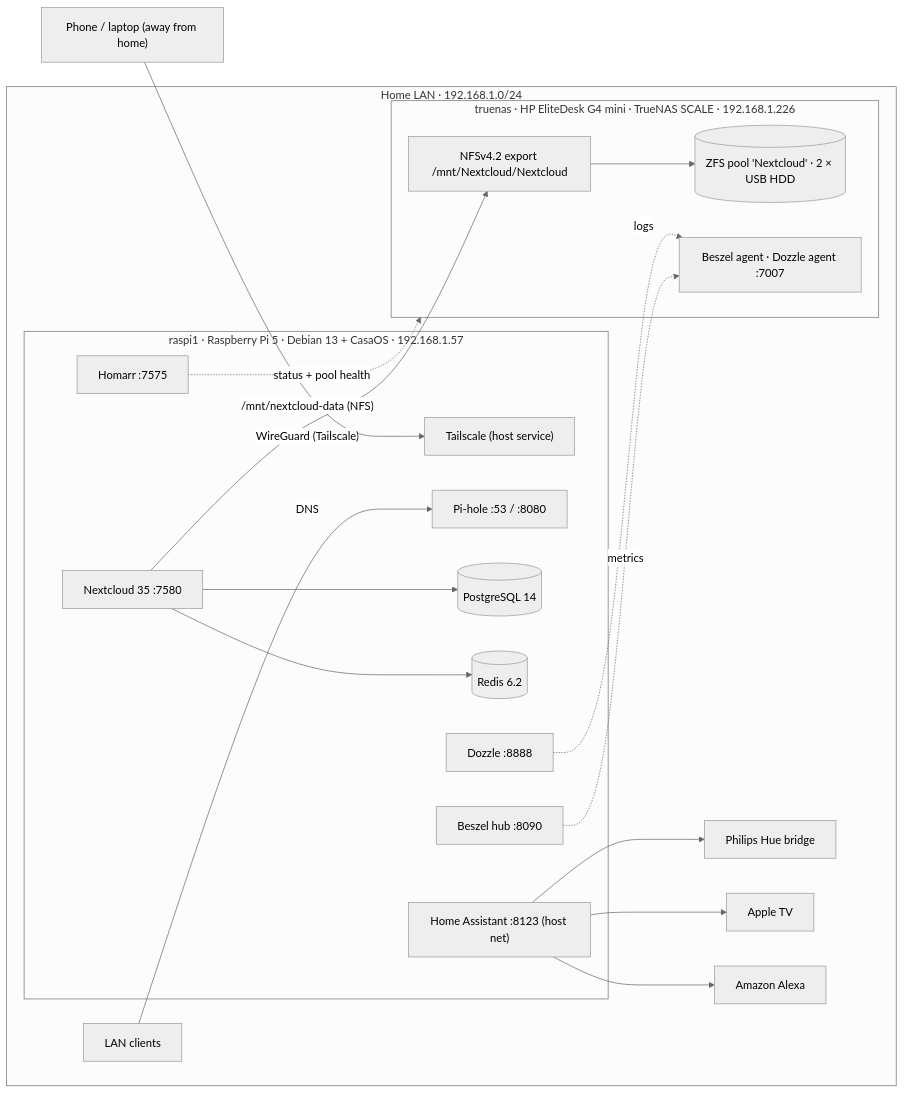
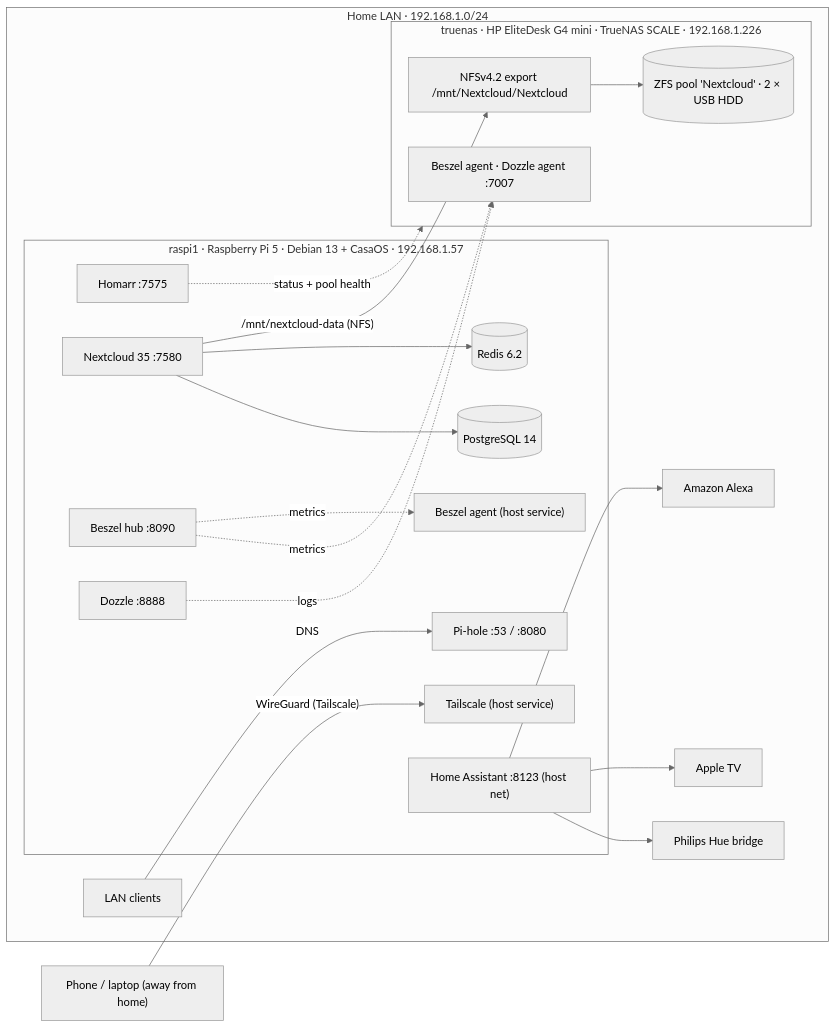
The first of 2 diagrams in docs/architecture.md (Jdben7671/Homelab), drawn with Mermaid (neutral theme) before and after one commit. The commit also changed 6 other files, not shown here.

````diff
--- a/docs/architecture.md
+++ b/docs/architecture.md
@@ -5,43 +5,45 @@
 ```mermaid
 flowchart LR
   remote["Phone / laptop (away from home)"]
 
   subgraph LAN["Home LAN · 192.168.1.0/24"]
     clients["LAN clients"]
 
     subgraph PI["raspi1 · Raspberry Pi 5 · Debian 13 + CasaOS · 192.168.1.57"]
       ts["Tailscale (host service)"]
+      bagent["Beszel agent (host service)"]
       pihole["Pi-hole :53 / :8080"]
       homarr["Homarr :7575"]
       nc["Nextcloud 35 :7580"]
       pg[("PostgreSQL 14")]
       redis[("Redis 6.2")]
       ha["Home Assistant :8123 (host net)"]
       beszel["Beszel hub :8090"]
       dozzle["Dozzle :8888"]
     end
 
     subgraph NAS["truenas · HP EliteDesk G4 mini · TrueNAS SCALE · 192.168.1.226"]
       nfs["NFSv4.2 export /mnt/Nextcloud/Nextcloud"]
       zfs[("ZFS pool 'Nextcloud' · 2 × USB HDD")]
       agents["Beszel agent · Dozzle agent :7007"]
     end
 
     hue["Philips Hue bridge"]
     atv["Apple TV"]
     alexa["Amazon Alexa"]
   end
 
   remote -- "WireGuard (Tailscale)" --> ts
   clients -- "DNS" --> pihole
   nc --> pg
   nc --> redis
   nc -- "/mnt/nextcloud-data (NFS)" --> nfs
   nfs --> zfs
   ha --> hue
   ha --> atv
   ha --> alexa
   beszel -. "metrics" .-> agents
+  beszel -. "metrics" .-> bagent
   dozzle -. "logs" .-> agents
   homarr -. "status + pool health" .-> NAS
 ```
````
